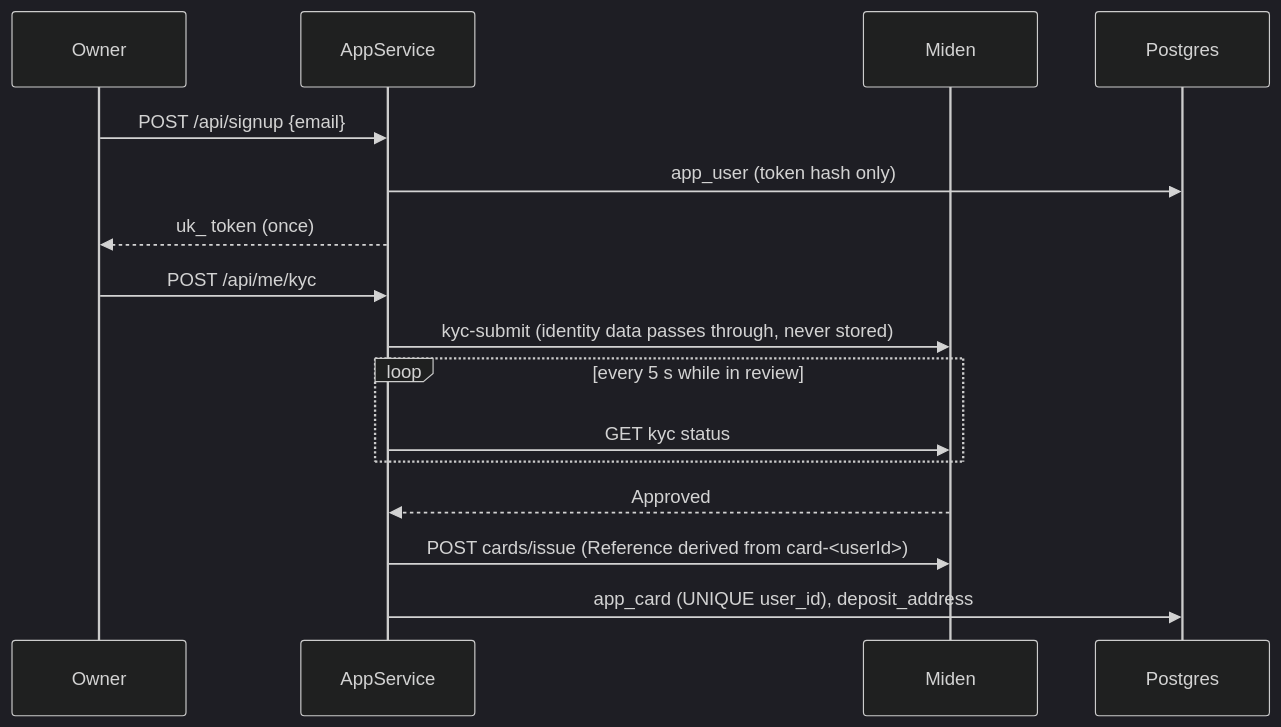
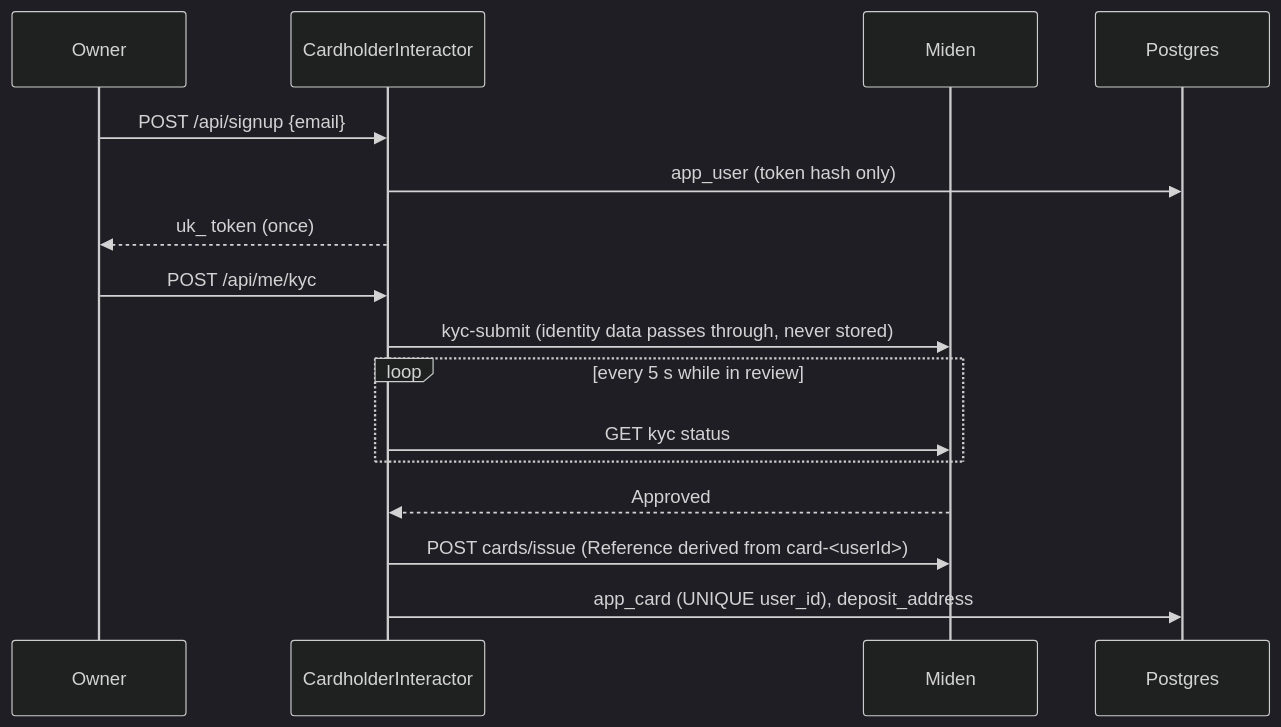
The second of 3 diagrams in docs/architecture.md (Afri-exchange/OpenWallet), drawn with Mermaid (dark theme) before and after one commit. The commit also changed other lines of this file and 196 other files, not shown here.

````diff
--- a/docs/architecture.md
+++ b/docs/architecture.md
@@ -270,18 +288,18 @@
 ```mermaid
 sequenceDiagram
   participant O as Owner
-  participant S as AppService
+  participant S as CardholderInteractor
   participant M as Miden
   participant DB as Postgres
   O->>S: POST /api/signup {email}
   S->>DB: app_user (token hash only)
   S-->>O: uk_ token (once)
   O->>S: POST /api/me/kyc
   S->>M: kyc-submit (identity data passes through, never stored)
   loop every 5 s while in review
     S->>M: GET kyc status
   end
   M-->>S: Approved
   S->>M: POST cards/issue (Reference derived from card-<userId>)
   S->>DB: app_card (UNIQUE user_id), deposit_address
 ```
````
